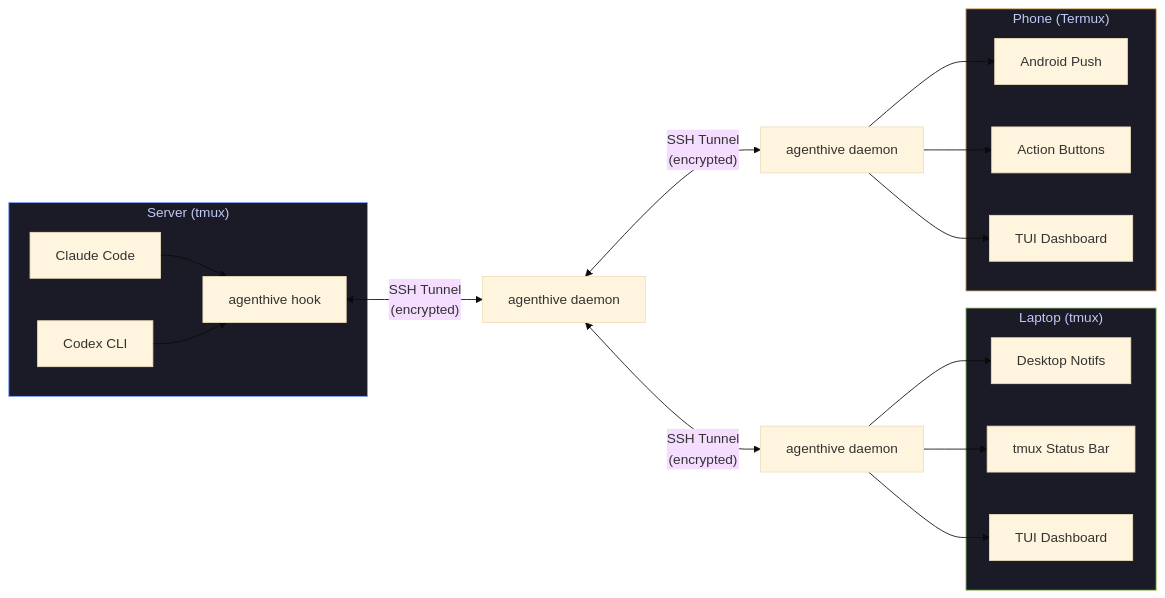
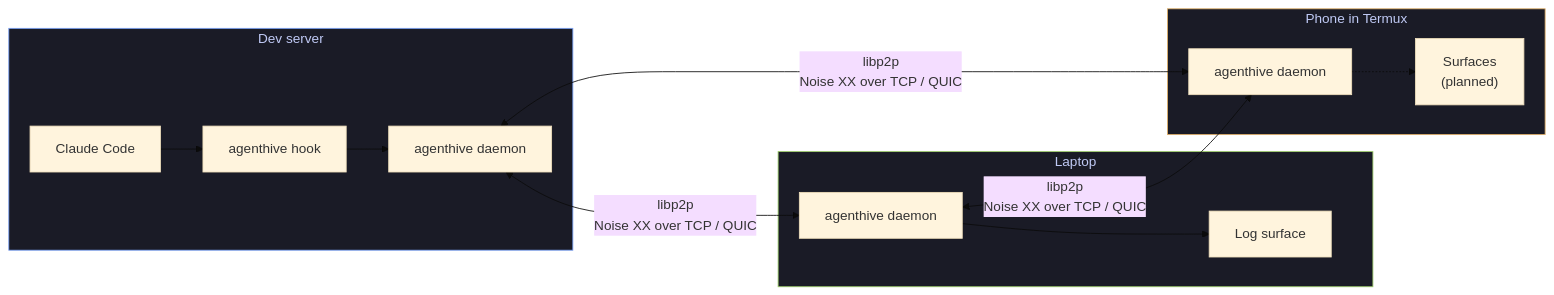
Before and after one commit to shaiknoorullah/agenthive: the first of 3 diagrams in README.md, drawn with Mermaid (base theme). The commit also changed other lines of this file and 3 other files, not shown here.

````diff
--- a/README.md
+++ b/README.md
@@ -37,38 +141,30 @@
 ```mermaid
 graph LR
-    subgraph Server["Server (tmux)"]
+    subgraph Server["Dev server"]
         CC[Claude Code]
-        CX[Codex CLI]
-        H[agenthive hook]
-        CC --> H
-        CX --> H
+        H1[agenthive hook]
+        D1[agenthive daemon]
+        CC --> H1
+        H1 --> D1
     end
 
-    subgraph Laptop["Laptop (tmux)"]
-        DN[Desktop Notifs]
-        SB[tmux Status Bar]
-        TUI1[TUI Dashboard]
+    subgraph Laptop["Laptop"]
+        D2[agenthive daemon]
+        LS[Log surface]
+        D2 --> LS
     end
 
-    subgraph Phone["Phone (Termux)"]
-        AN[Android Push]
-        AB[Action Buttons]
-        TUI2[TUI Dashboard]
+    subgraph Phone["Phone in Termux"]
+        D3[agenthive daemon]
+        FS["Surfaces<br/>(planned)"]
+        D3 -.-> FS
     end
 
-    H <-->|"SSH Tunnel<br/>(encrypted)"| D1[agenthive daemon]
-    D1 <-->|"SSH Tunnel<br/>(encrypted)"| D2[agenthive daemon]
-    D1 <-->|"SSH Tunnel<br/>(encrypted)"| D3[agenthive daemon]
-
-    D2 --> DN
-    D2 --> SB
-    D2 --> TUI1
-
-    D3 --> AN
-    D3 --> AB
-    D3 --> TUI2
+    D1 <-->|"libp2p<br/>Noise XX over TCP / QUIC"| D2
+    D1 <-->|"libp2p<br/>Noise XX over TCP / QUIC"| D3
+    D2 <-->|"libp2p<br/>Noise XX over TCP / QUIC"| D3
 
     style Server fill:#1a1b26,stroke:#7aa2f7,color:#c0caf5
     style Laptop fill:#1a1b26,stroke:#9ece6a,color:#c0caf5
     style Phone fill:#1a1b26,stroke:#e0af68,color:#c0caf5
 ```
````
